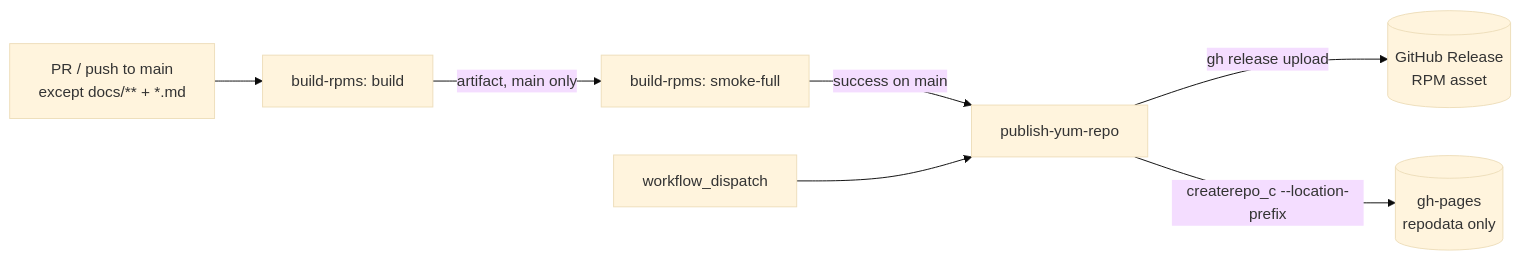
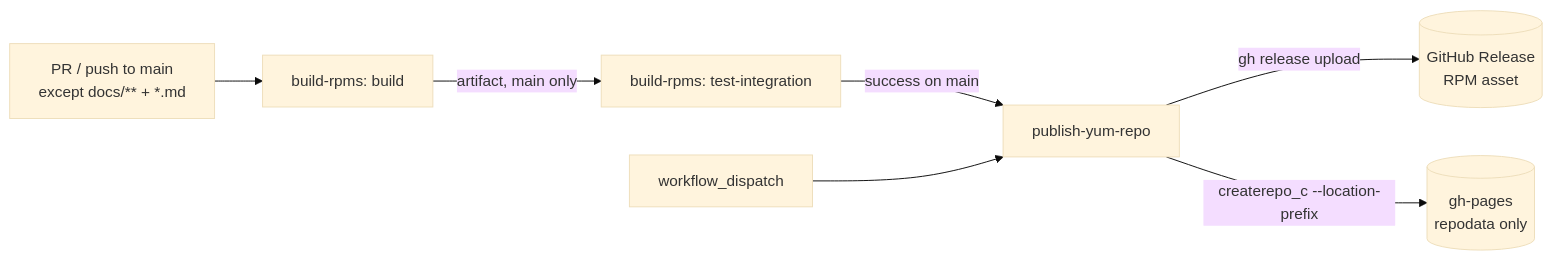
The second of 2 diagrams in docs/build.md (duynhlab/packages), drawn with Mermaid (base theme) before and after one commit. The commit also changed other lines of this file and 7 other files, not shown here.

First line of the commit message:
ci: rename smoke tests to test-install/test-integration taxonomy

````diff
--- a/docs/build.md
+++ b/docs/build.md
@@ -131,9 +131,9 @@
 ```mermaid
 flowchart LR
   PR[PR / push to main<br/>except docs/** + *.md] --> B[build-rpms: build]
-  B -->|artifact, main only| S[build-rpms: smoke-full]
+  B -->|artifact, main only| S[build-rpms: test-integration]
   S -->|success on main| P[publish-yum-repo]
   P -->|gh release upload| REL[(GitHub Release<br/>RPM asset)]
   P -->|createrepo_c --location-prefix| GH[(gh-pages<br/>repodata only)]
   MAN2[workflow_dispatch] --> P
 ```
````
